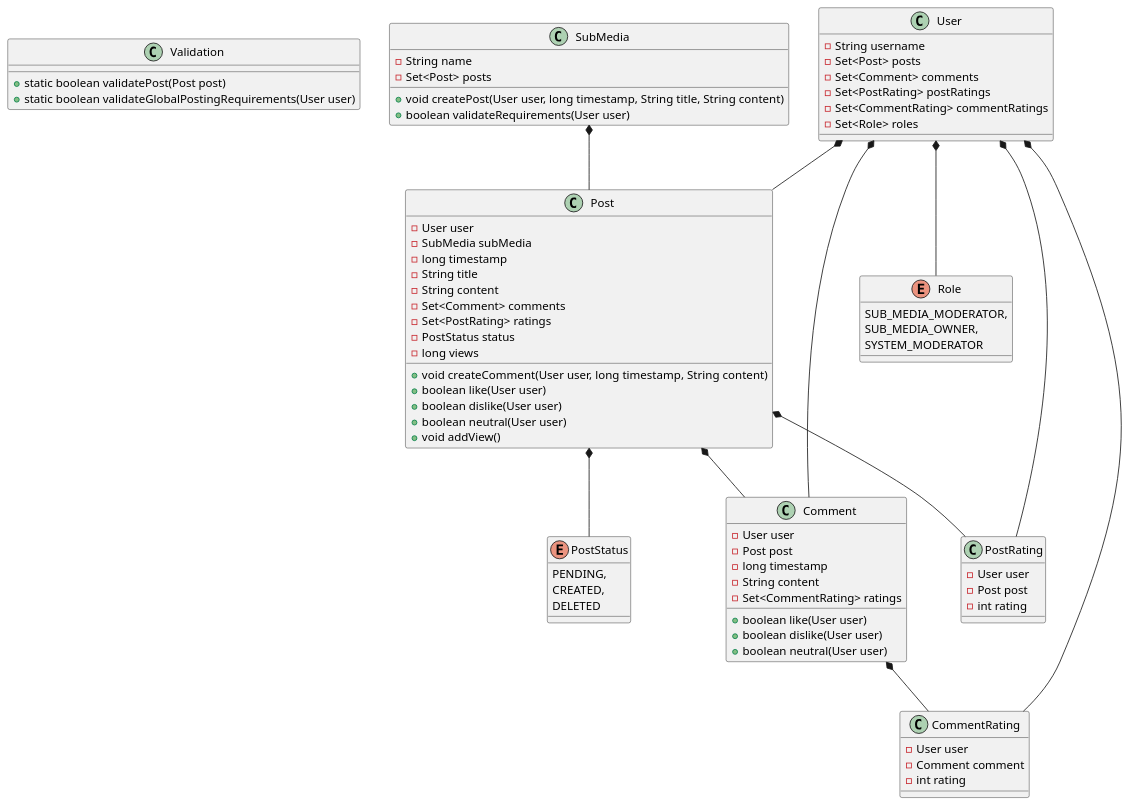
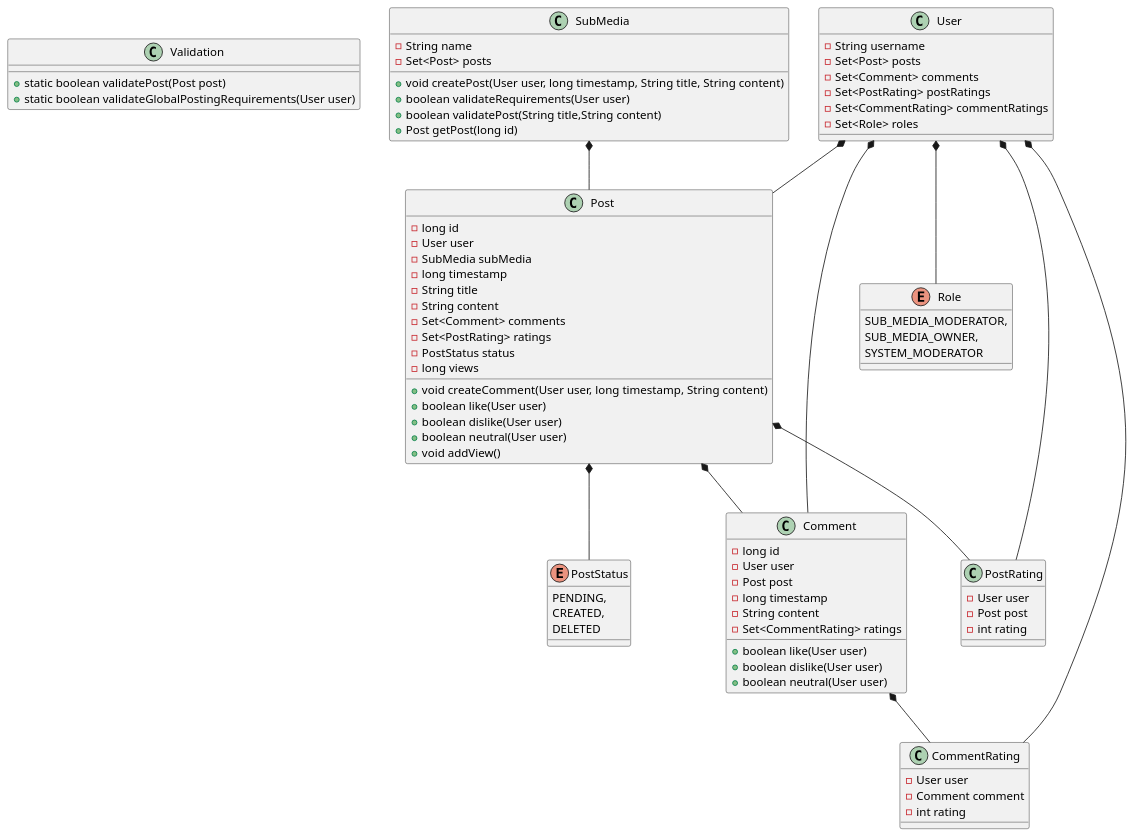
The diagram in diagrammer/klassediagram/klassediagram 1.puml (Peter537/Dat4-SU-MegaMedia), drawn with PlantUML before and after one commit.

Commit message:
Update klassediagram 1.puml

```diff
--- a/diagrammer/klassediagram/klassediagram 1.puml
+++ b/diagrammer/klassediagram/klassediagram 1.puml
@@ -1,93 +1,97 @@
 @startuml
 
 class Validation {
     + static boolean validatePost(Post post)
     + static boolean validateGlobalPostingRequirements(User user)
 }
 
 class User {
     - String username
     - Set<Post> posts
     - Set<Comment> comments
     - Set<PostRating> postRatings
     - Set<CommentRating> commentRatings
     - Set<Role> roles
 }
 
 class SubMedia {
     - String name
     - Set<Post> posts
 
     + void createPost(User user, long timestamp, String title, String content)
     + boolean validateRequirements(User user)
+    + boolean validatePost(String title,String content)
+    + Post getPost(long id)
 }
 
 class Post {
+    - long id
     - User user
     - SubMedia subMedia
     - long timestamp
     - String title
     - String content
     - Set<Comment> comments
     - Set<PostRating> ratings
     - PostStatus status
     - long views
 
     + void createComment(User user, long timestamp, String content)
     + boolean like(User user)
     + boolean dislike(User user)
     + boolean neutral(User user)
     + void addView()
 }
 
 class PostRating {
     - User user
     - Post post
     - int rating
 }
 
 class Comment {
+    - long id
     - User user
     - Post post
     - long timestamp
     - String content
     - Set<CommentRating> ratings
 
     + boolean like(User user)
     + boolean dislike(User user)
     + boolean neutral(User user)
 }
 
 class CommentRating {
     - User user
     - Comment comment
     - int rating
 }
 
 enum Role {
     SUB_MEDIA_MODERATOR,
     SUB_MEDIA_OWNER,
     SYSTEM_MODERATOR
 }
 
 enum PostStatus {
     PENDING,
     CREATED,
     DELETED
 }
 
 SubMedia *-- Post
 
 Post *-- Comment
 Post *-- PostRating
 Post *-- PostStatus
 
 Comment *-- CommentRating
 
 User *-- Post
 User *-- Comment
 User *-- PostRating
 User *-- CommentRating
 User *-- Role
 
 @enduml
```
